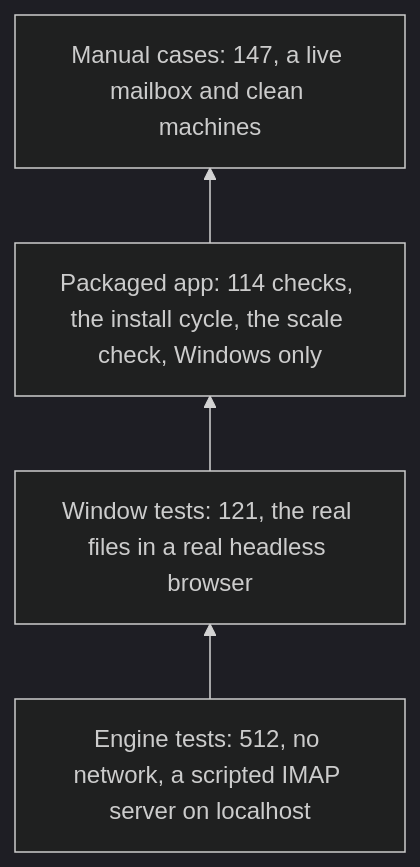
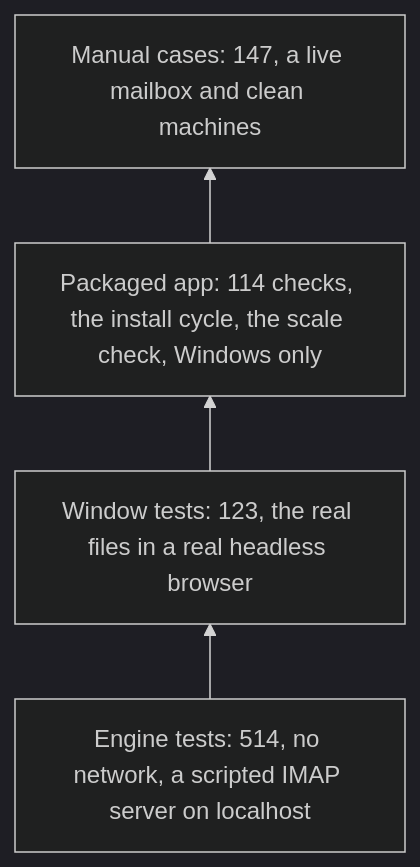
One commit to SarangVehale/email-todolist changed the first of 2 diagrams in docs/testing/strategy.md. Above: the diagram before and after it, drawn with Mermaid (dark theme). The commit also changed other lines of this file and 16 other files, not shown here.

````diff
--- a/docs/testing/strategy.md
+++ b/docs/testing/strategy.md
@@ -24,6 +24,6 @@
 ```mermaid
 flowchart BT
-    E["Engine tests: 512, no network, a scripted IMAP server on localhost"] --> W["Window tests: 121, the real files in a real headless browser"]
+    E["Engine tests: 514, no network, a scripted IMAP server on localhost"] --> W["Window tests: 123, the real files in a real headless browser"]
     W --> P["Packaged app: 114 checks, the install cycle, the scale check, Windows only"]
     P --> M["Manual cases: 147, a live mailbox and clean machines"]
 ```
````
